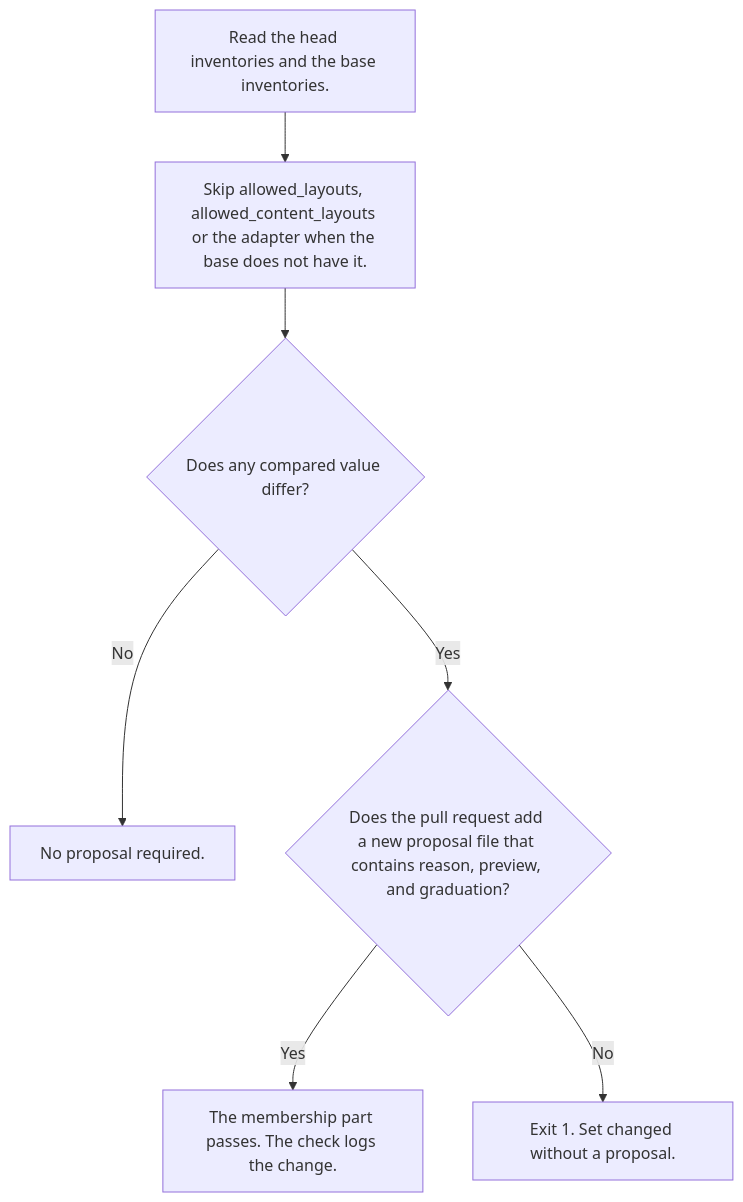
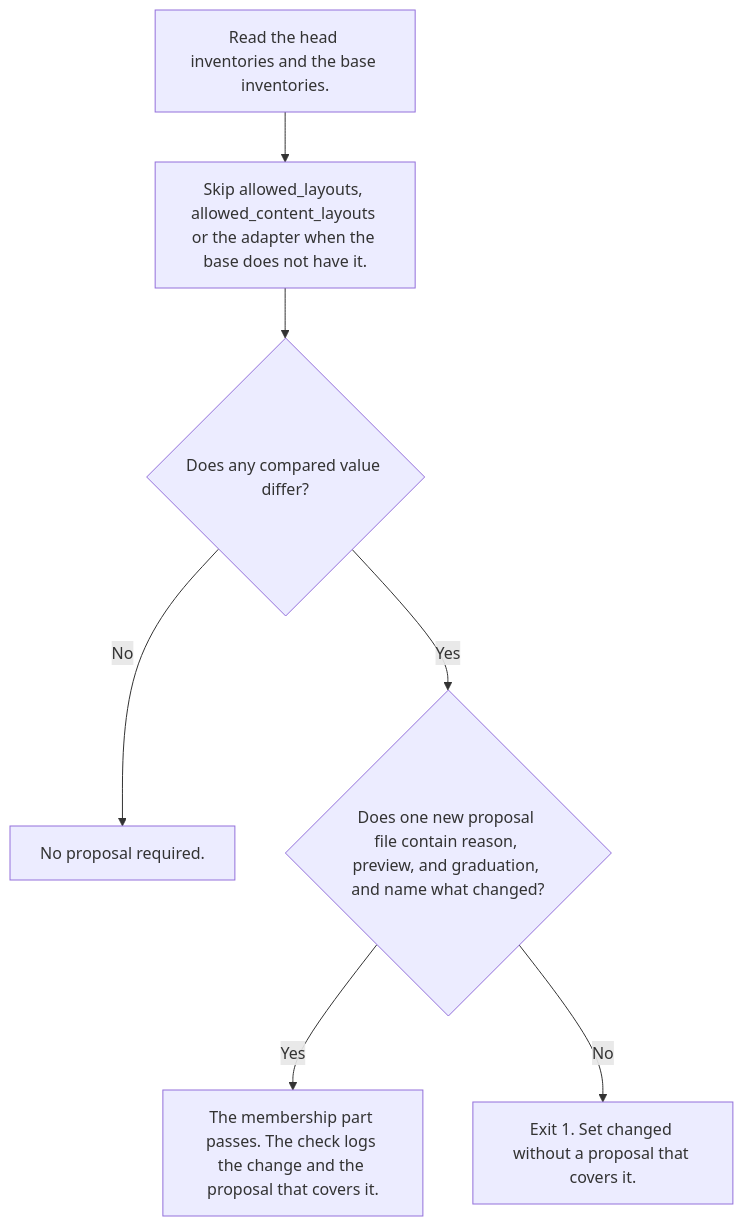
The sixth of 7 diagrams in packages/harness/docs/how-it-works.md (tounsoo/agent-design-loop), drawn with Mermaid before and after one commit. The commit also changed other lines of this file and 66 other files, not shown here.

````diff
--- a/packages/harness/docs/how-it-works.md
+++ b/packages/harness/docs/how-it-works.md
@@ -225,15 +248,15 @@
 ```mermaid
 flowchart TB
   read["Read the head inventories and the base inventories."]
   skip["Skip allowed_layouts, allowed_content_layouts or the adapter when the base does not have it."]
   diff{"Does any compared value differ?"}
   ok["No proposal required."]
-  words{"Does the pull request add a new proposal file that contains reason, preview, and graduation?"}
-  accepted["The membership part passes. The check logs the change."]
-  rejected["Exit 1. Set changed without a proposal."]
+  words{"Does one new proposal file contain reason, preview, and graduation, and name what changed?"}
+  accepted["The membership part passes. The check logs the change and the proposal that covers it."]
+  rejected["Exit 1. Set changed without a proposal that covers it."]
   read --> skip --> diff
   diff -->|No| ok
   diff -->|Yes| words
   words -->|Yes| accepted
   words -->|No| rejected
 ```
````
